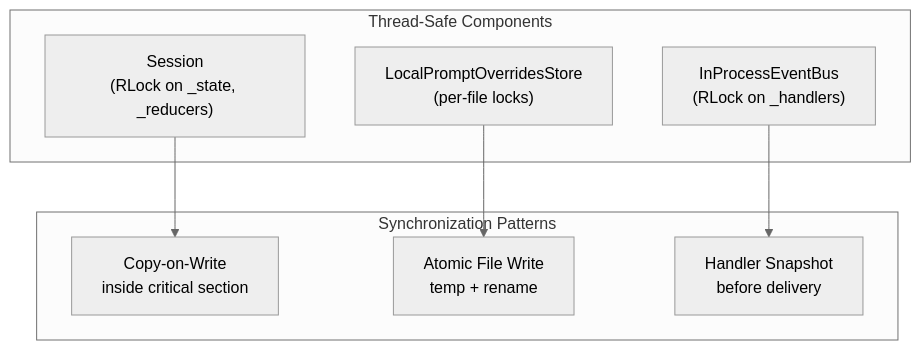
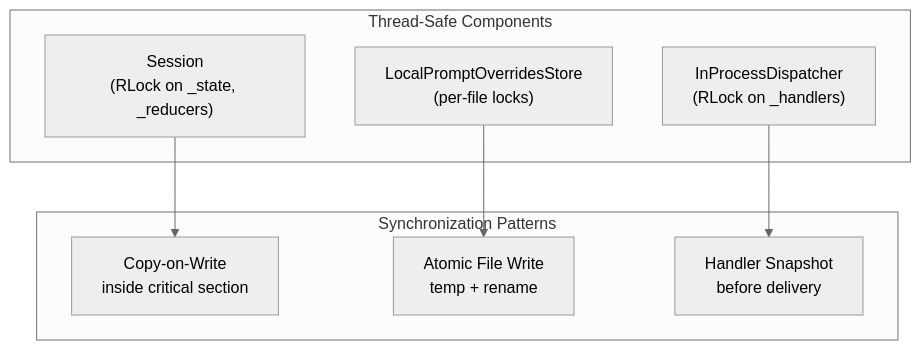
The diagram in specs/THREAD_SAFETY.md (weakincentives/weakincentives), drawn with Mermaid (neutral theme) before and after one commit. The commit also changed other lines of this file and 80 other files, not shown here.

First line of the commit message:
Rename EventBus to Dispatcher with dispatch() returning DispatchResult

````diff
--- a/specs/THREAD_SAFETY.md
+++ b/specs/THREAD_SAFETY.md
@@ -24,18 +24,18 @@
 ```mermaid
 flowchart TB
     subgraph ThreadSafe["Thread-Safe Components"]
-        EventBus["InProcessEventBus<br/>(RLock on _handlers)"]
+        Dispatcher["InProcessDispatcher<br/>(RLock on _handlers)"]
         Session["Session<br/>(RLock on _state, _reducers)"]
         OverrideStore["LocalPromptOverridesStore<br/>(per-file locks)"]
     end
 
     subgraph Patterns["Synchronization Patterns"]
         CopyOnWrite["Copy-on-Write<br/>inside critical section"]
         AtomicRename["Atomic File Write<br/>temp + rename"]
         SnapshotFirst["Handler Snapshot<br/>before delivery"]
     end
 
-    EventBus --> SnapshotFirst
+    Dispatcher --> SnapshotFirst
     Session --> CopyOnWrite
     OverrideStore --> AtomicRename
 ```
````
